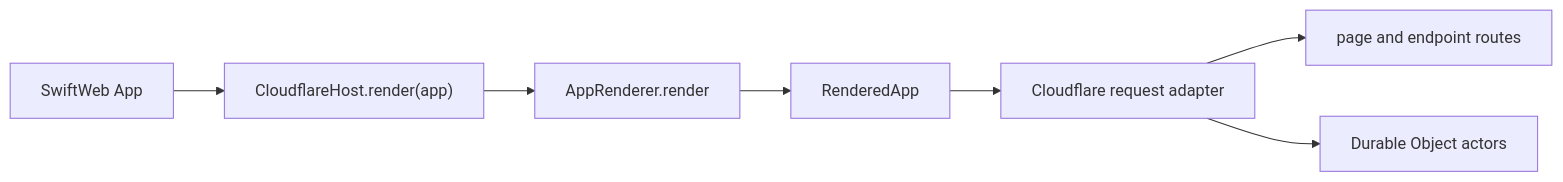
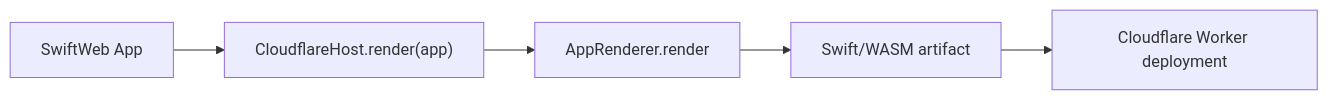
One commit to 1amageek/swift-web-cloudflare changed the diagram in README.md. Above: the diagram before and after it, drawn with Mermaid. The commit also changed other lines of this file and 31 other files, not shown here.

Commit message:
Release SwiftWeb Cloudflare 0.5.0

````diff
--- a/README.md
+++ b/README.md
@@ -7,9 +8,7 @@
 ```mermaid
 flowchart LR
   App["SwiftWeb App"] --> Host["CloudflareHost.render(app)"]
   Host --> Renderer["AppRenderer.render"]
-  Renderer --> Rendered["RenderedApp"]
-  Rendered --> Worker["Cloudflare request adapter"]
-  Worker --> Page["page and endpoint routes"]
-  Worker --> Durable["Durable Object actors"]
+  Renderer --> Artifact["Swift/WASM artifact"]
+  Artifact --> Worker["Cloudflare Worker deployment"]
 ```
````
